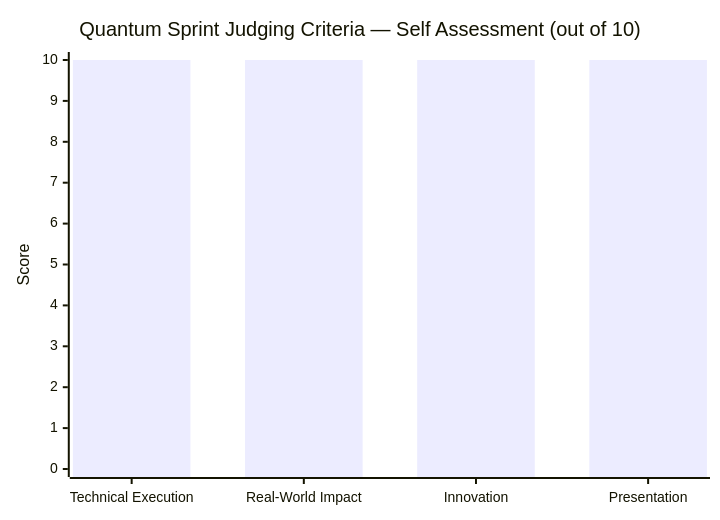
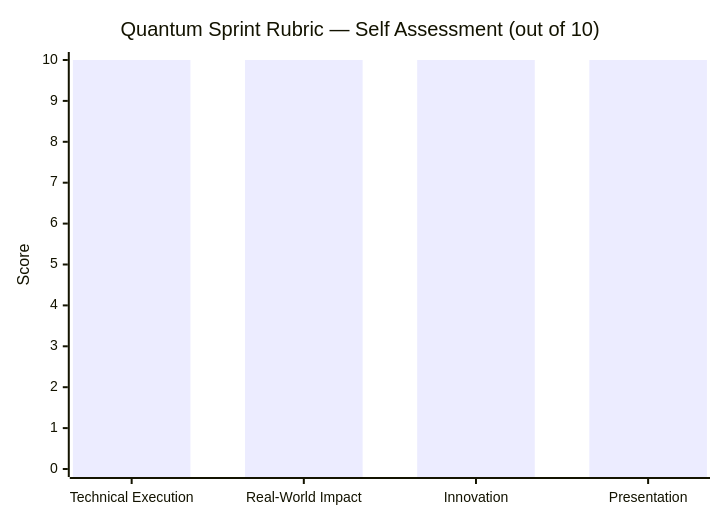
Before and after one commit to Iceman-Dann/Evidence-Locker: the ninth of 13 diagrams in README.md, drawn with Mermaid. The commit also changed other lines of this file, not shown here.

````diff
--- a/README.md
+++ b/README.md
@@ -386,7 +405,7 @@
 ```mermaid
 xychart-beta
-    title "Quantum Sprint Judging Criteria — Self Assessment (out of 10)"
+    title "Quantum Sprint Rubric — Self Assessment (out of 10)"
     x-axis ["Technical Execution", "Real-World Impact", "Innovation", "Presentation"]
     y-axis "Score" 0 --> 10
     bar [10, 10, 10, 10]
 ```
````
